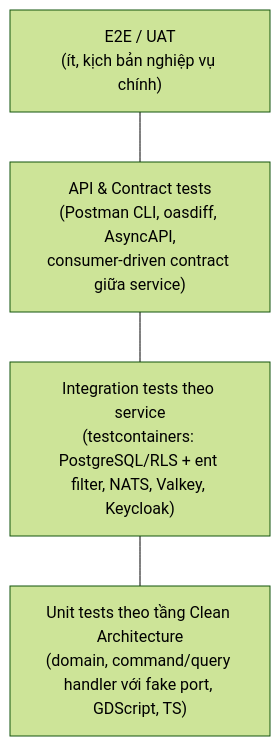
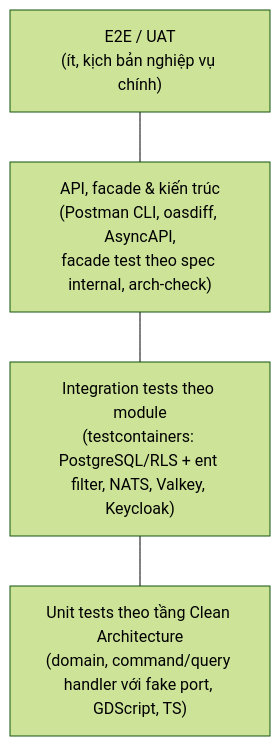
The diagram in docs/12-project/TEST_STRATEGY.md (tanguyen2020/eduworld-platform), drawn with Mermaid (forest theme) before and after one commit. The commit also changed other lines of this file and 922 other files, not shown here.

````diff
--- a/docs/12-project/TEST_STRATEGY.md
+++ b/docs/12-project/TEST_STRATEGY.md
@@ -16,8 +16,8 @@
 ```mermaid
 flowchart TB
   e2e["E2E / UAT\n(ít, kịch bản nghiệp vụ chính)"]
-  api["API & Contract tests\n(Postman CLI, oasdiff, AsyncAPI,\nconsumer-driven contract giữa service)"]
-  integ["Integration tests theo service\n(testcontainers: PostgreSQL/RLS + ent filter, NATS, Valkey, Keycloak)"]
+  api["API, facade & kiến trúc\n(Postman CLI, oasdiff, AsyncAPI,\nfacade test theo spec internal, arch-check)"]
+  integ["Integration tests theo module\n(testcontainers: PostgreSQL/RLS + ent filter, NATS, Valkey, Keycloak)"]
   unit["Unit tests theo tầng Clean Architecture\n(domain, command/query handler với fake port, GDScript, TS)"]
   e2e --- api --- integ --- unit
 ```
````
